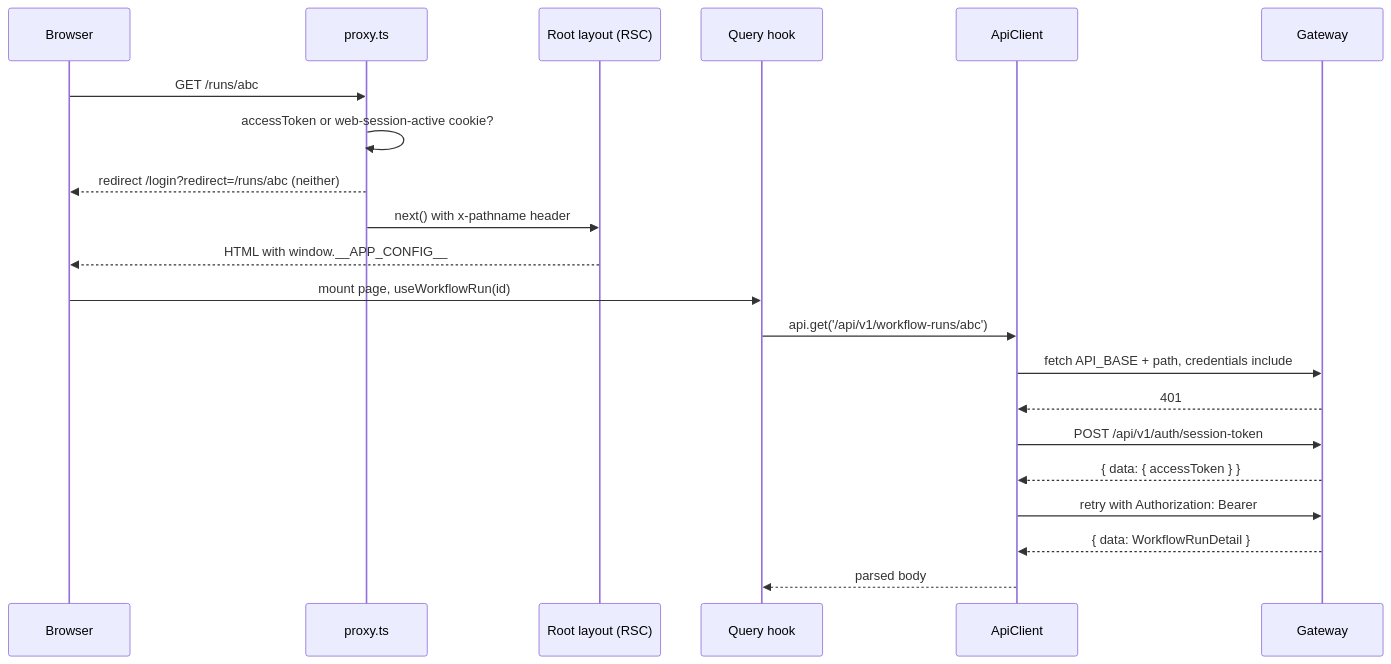
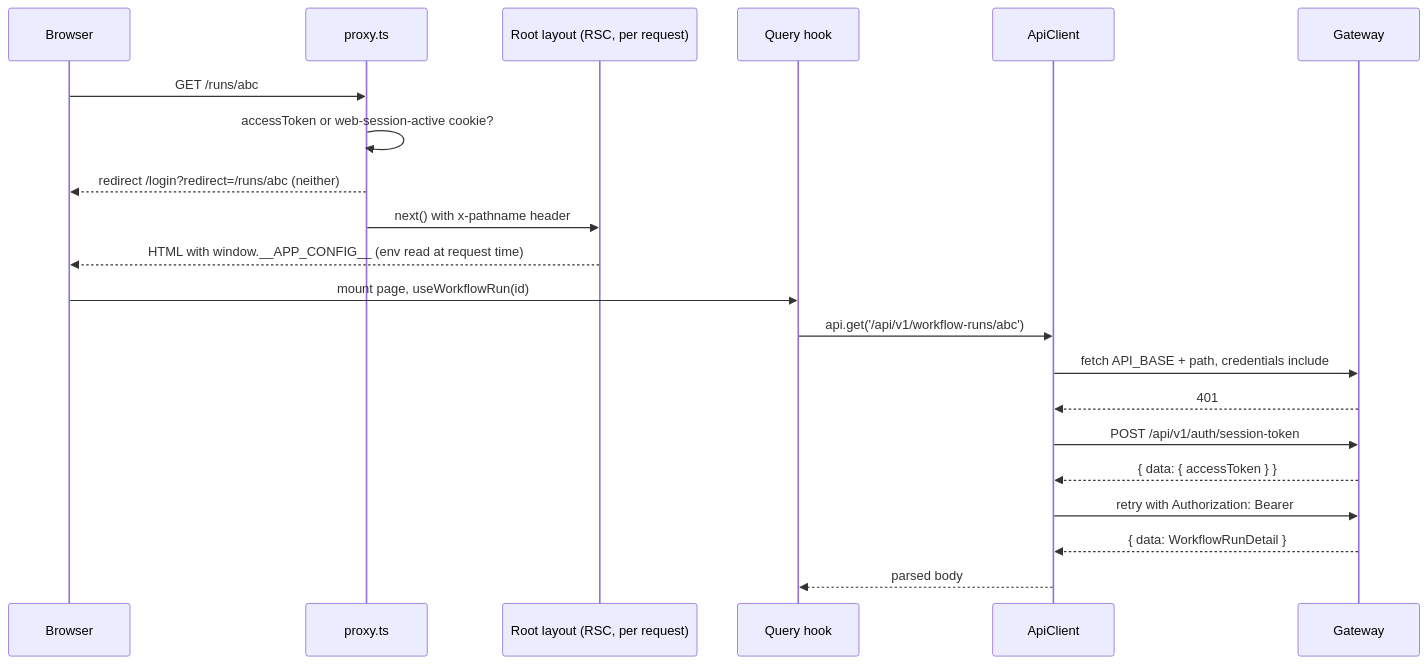
The second of 2 diagrams in wiki/5-web-dashboard.md (yorch/auto-swe), drawn with Mermaid before and after one commit. The commit also changed other lines of this file and 15 other files, not shown here.

````diff
--- a/wiki/5-web-dashboard.md
+++ b/wiki/5-web-dashboard.md
@@ -148,24 +164,24 @@
 ```mermaid
 sequenceDiagram
     participant B as Browser
     participant P as proxy.ts
-    participant L as Root layout (RSC)
+    participant L as Root layout (RSC, per request)
     participant H as Query hook
     participant A as ApiClient
     participant G as Gateway
 
     B->>P: GET /runs/abc
     P->>P: accessToken or web-session-active cookie?
     P-->>B: redirect /login?redirect=/runs/abc (neither)
     P->>L: next() with x-pathname header
-    L-->>B: HTML with window.__APP_CONFIG__
+    L-->>B: HTML with window.__APP_CONFIG__ (env read at request time)
     B->>H: mount page, useWorkflowRun(id)
     H->>A: api.get('/api/v1/workflow-runs/abc')
     A->>G: fetch API_BASE + path, credentials include
     G-->>A: 401
     A->>G: POST /api/v1/auth/session-token
     G-->>A: { data: { accessToken } }
     A->>G: retry with Authorization: Bearer
     G-->>A: { data: WorkflowRunDetail }
     A-->>H: parsed body
 ```
````
